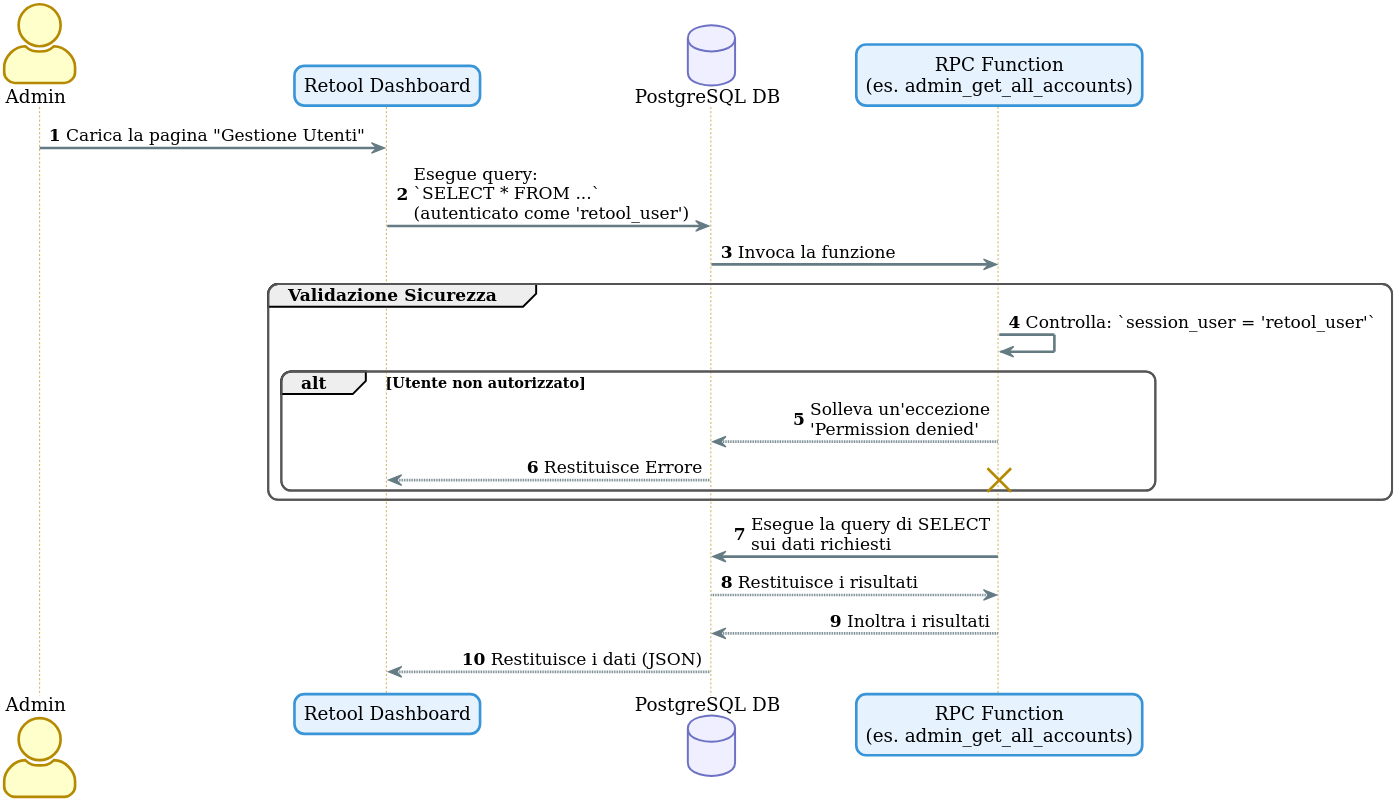
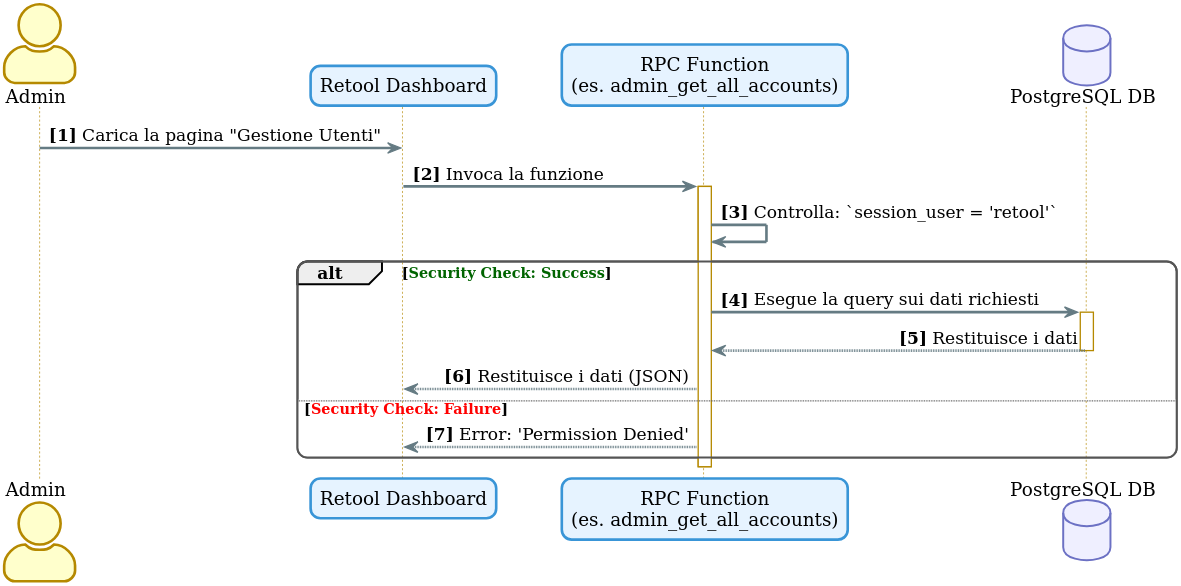
One commit to TMoretta/Swift-Contest changed the diagram in thesis/diagrams/src/retool-rpc-call.puml. Above: the diagram before and after it, drawn with PlantUML. The commit also changed 31 other files, not shown here.

Commit message:
Updated diagrams

```diff
--- a/thesis/diagrams/src/retool-rpc-call.puml
+++ b/thesis/diagrams/src/retool-rpc-call.puml
@@ -1,63 +1,49 @@
 @startuml
 
 !theme sunlust
 skinparam dpi 300
 skinparam backgroundColor transparent
 skinparam actorStyle awesome
 skinparam shadowing false
 
-autonumber
+autonumber "<b>[0]"
 
 skinparam package {
     backgroundColor #FFFFFF
     borderColor #555555
 }
 skinparam participant {
   backgroundColor #E6F3FF
   borderColor #3995D7
 }
 
-' skinparam actor {
-'     BackgroundColor #LightSkyBlue
-' }
-' skinparam participant {
-'     BackgroundColor #E6F3FF
-' }
-' skinparam database {
-'     BackgroundColor #E6F3FF
-' }
-
 ' =======================================
 ' Definizione dei Partecipanti
 ' =======================================
 actor Admin
 participant "Retool Dashboard" as Retool
+participant "RPC Function\n(es. admin_get_all_accounts)" as RPC
 database "PostgreSQL DB" as DB
-participant "RPC Function\n(es. admin_get_all_accounts)" as RPC
 
 ' =======================================
 ' Flusso della Chiamata Sicura
 ' =======================================
 Admin -> Retool : Carica la pagina "Gestione Utenti"
 
-Retool -> DB : Esegue query:\n`SELECT * FROM ...`\n(autenticato come 'retool_user')
+Retool -> RPC : Invoca la funzione
+activate RPC
+RPC -> RPC : Controlla: `session_user = 'retool'`
 
-DB -> RPC : Invoca la funzione
-
-group Validazione Sicurezza
-    RPC -> RPC : Controlla: `session_user = 'retool_user'`
-    alt Utente non autorizzato
-        RPC --> DB : Solleva un'eccezione\n'Permission denied'
-        DB --> Retool : Restituisce Errore
-        destroy RPC
-    end
+alt <color:#006400>Security Check: Success</color>
+    RPC -> DB : Esegue la query sui dati richiesti
+    activate DB
+    DB --> RPC : Restituisce i dati
+    deactivate DB
+    RPC --> Retool : Restituisce i dati (JSON)
+else <color:red>Security Check: Failure</color>
+    RPC --> Retool : Error: 'Permission Denied'
 end
 
-' Se l'utente è autorizzato, procede
-RPC -> DB : Esegue la query di SELECT\nsui dati richiesti
-DB --> RPC : Restituisce i risultati
-
-RPC --> DB : Inoltra i risultati
-DB --> Retool : Restituisce i dati (JSON)
+deactivate RPC
 
 @enduml
```
